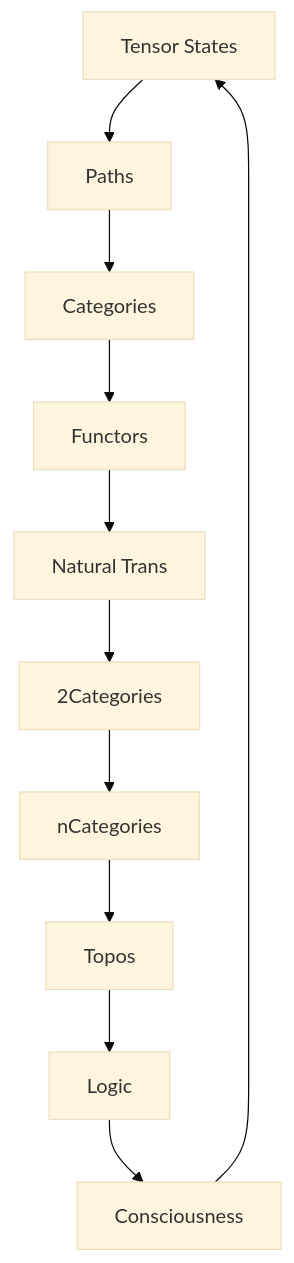
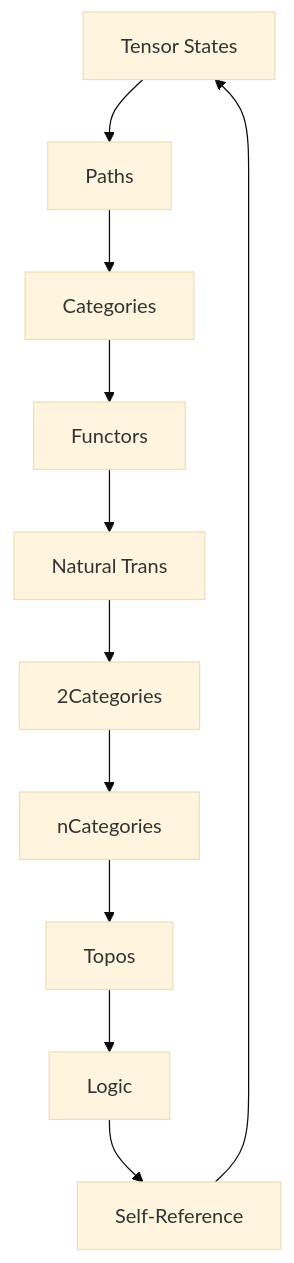
The second of 2 diagrams in docs/psi-structum/book-1-collapse-ontology/part-03-tensor-algebra/chapter-041-collapse-path-categories.md (loning/the-phys), drawn with Mermaid (base theme) before and after one commit. The commit also changed other lines of this file and 33 other files, not shown here.

````diff
--- a/docs/psi-structum/book-1-collapse-ontology/part-03-tensor-algebra/chapter-041-collapse-path-categories.md
+++ b/docs/psi-structum/book-1-collapse-ontology/part-03-tensor-algebra/chapter-041-collapse-path-categories.md
@@ -196,13 +209,13 @@
 ```mermaid
 graph TD
     A[Tensor States] --> B[Paths]
     B --> C[Categories]
     C --> D[Functors]
     D --> E[Natural Trans]
     E --> F[2Categories]
     F --> G[nCategories]
     G --> H[Topos]
     H --> I[Logic]
-    I --> J[Consciousness]
+    I --> J[Self-Reference]
     J --> A
 ```
````
